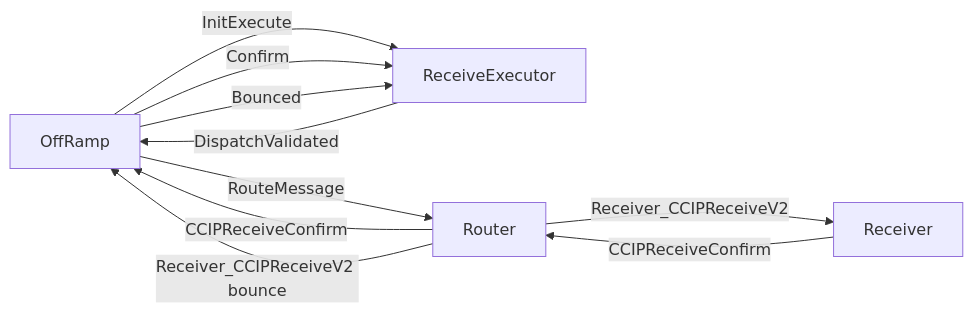
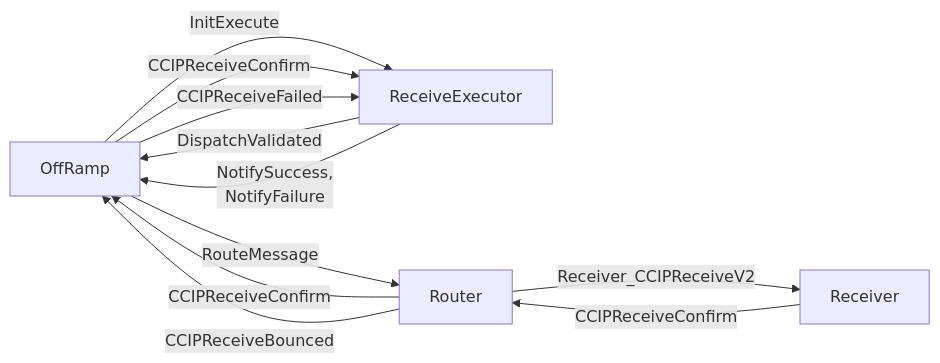
One commit to smartcontractkit/chainlink-ton changed the first of 3 diagrams in docs/contracts/overview/ccip/offramp/receive-executor.md. Above: the diagram before and after it, drawn with Mermaid. The commit also changed other lines of this file and 17 other files, not shown here.

````diff
--- a/docs/contracts/overview/ccip/offramp/receive-executor.md
+++ b/docs/contracts/overview/ccip/offramp/receive-executor.md
@@ -15,17 +15,18 @@
 ```mermaid
 graph LR
 	OFR["OffRamp"]
 	RE["ReceiveExecutor"]
 	R["Router"]
 	RCV["Receiver"]
 
 	OFR -->|InitExecute| RE
 	RE -->|DispatchValidated| OFR
 	OFR -->|RouteMessage| R
 	R -->|Receiver_CCIPReceiveV2| RCV
 	RCV -->|CCIPReceiveConfirm| R
 	R -->|CCIPReceiveConfirm| OFR
-	OFR -->|Confirm| RE
-	R -->|Receiver_CCIPReceiveV2 bounce| OFR
-	OFR -->|Bounced| RE
+	OFR -->|CCIPReceiveConfirm| RE
+	R -->|CCIPReceiveBounced| OFR
+	OFR -->|CCIPReceiveFailed| RE
+	RE -->|NotifySuccess,<br/>NotifyFailure| OFR
 ```
````
